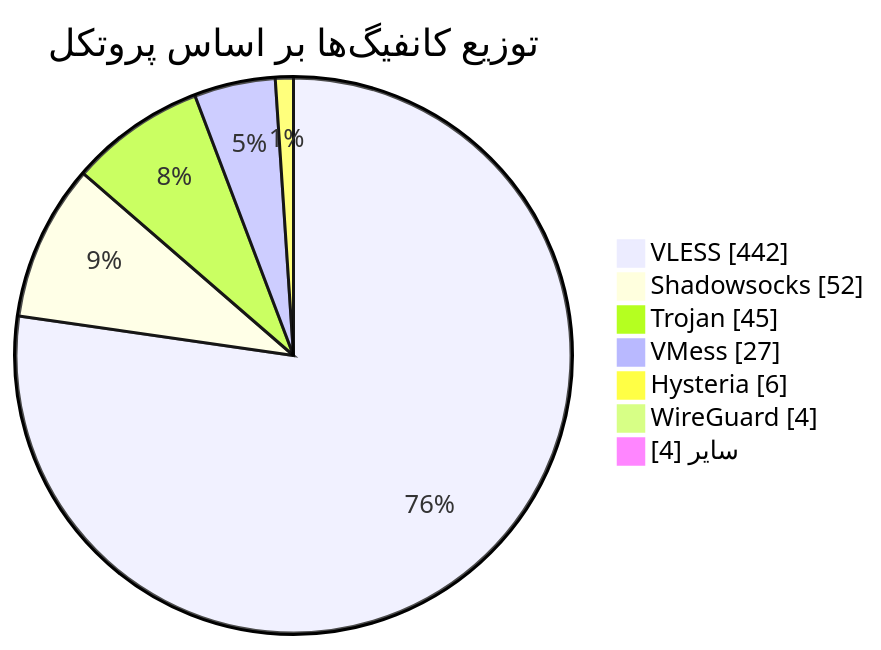
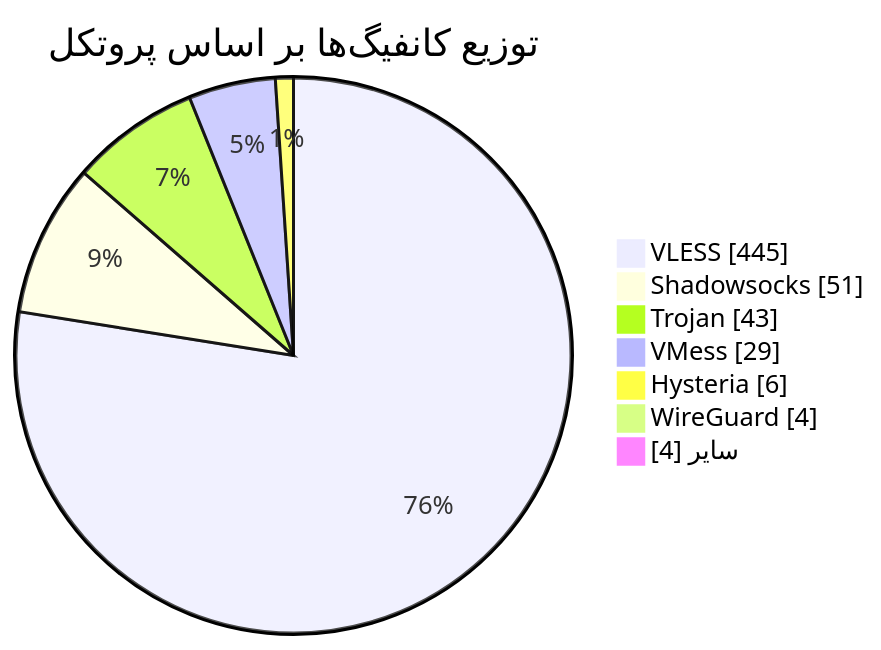
The diagram in README.md (Arian-Alijani/Somthing), drawn with Mermaid before and after one commit. The commit also changed other lines of this file and 17 other files, not shown here.

````diff
--- a/README.md
+++ b/README.md
@@ -49,11 +49,11 @@
 ```mermaid
 pie showData
     title توزیع کانفیگ‌ها بر اساس پروتکل
-    "VLESS" : 442
-    "Shadowsocks" : 52
-    "Trojan" : 45
-    "VMess" : 27
+    "VLESS" : 445
+    "Shadowsocks" : 51
+    "Trojan" : 43
+    "VMess" : 29
     "Hysteria" : 6
     "WireGuard" : 4
     "سایر" : 4
 ```
````
